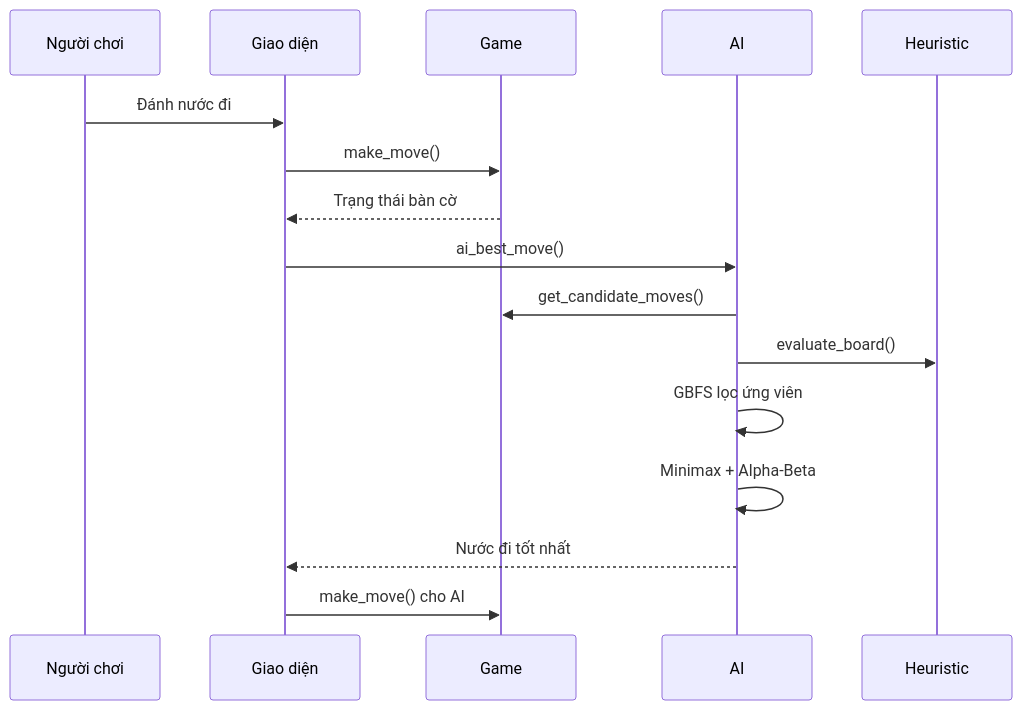
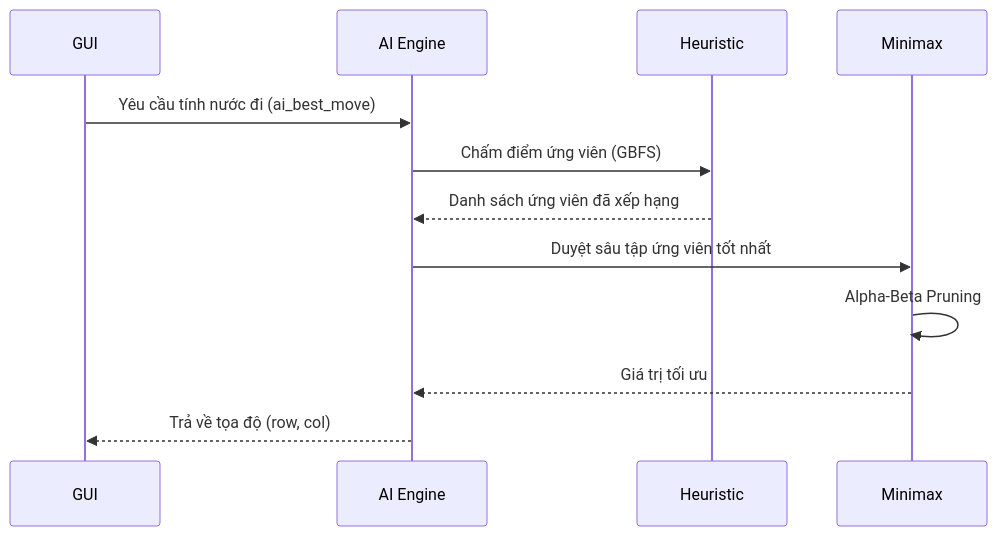
One commit to CodeingOver/CocaroGamePython changed the second of 3 diagrams in docs/architecture.md. Above: the diagram before and after it, drawn with Mermaid. The commit also changed other lines of this file and 3 other files, not shown here.

````diff
--- a/docs/architecture.md
+++ b/docs/architecture.md
@@ -90,19 +75,15 @@
 ```mermaid
 sequenceDiagram
-    participant P as Người chơi
-    participant U as Giao diện
-    participant G as Game
-    participant A as AI
+    participant G as GUI
+    participant A as AI Engine
     participant H as Heuristic
-
-    P->>U: Đánh nước đi
-    U->>G: make_move()
-    G-->>U: Trạng thái bàn cờ
-    U->>A: ai_best_move()
-    A->>G: get_candidate_moves()
-    A->>H: evaluate_board()
-    A->>A: GBFS lọc ứng viên
-    A->>A: Minimax + Alpha-Beta
-    A-->>U: Nước đi tốt nhất
-    U->>G: make_move() cho AI
+    participant M as Minimax
+    
+    G->>A: Yêu cầu tính nước đi (ai_best_move)
+    A->>H: Chấm điểm ứng viên (GBFS)
+    H-->>A: Danh sách ứng viên đã xếp hạng
+    A->>M: Duyệt sâu tập ứng viên tốt nhất
+    M->>M: Alpha-Beta Pruning
+    M-->>A: Giá trị tối ưu
+    A-->>G: Trả về tọa độ (row, col)
 ```
````
